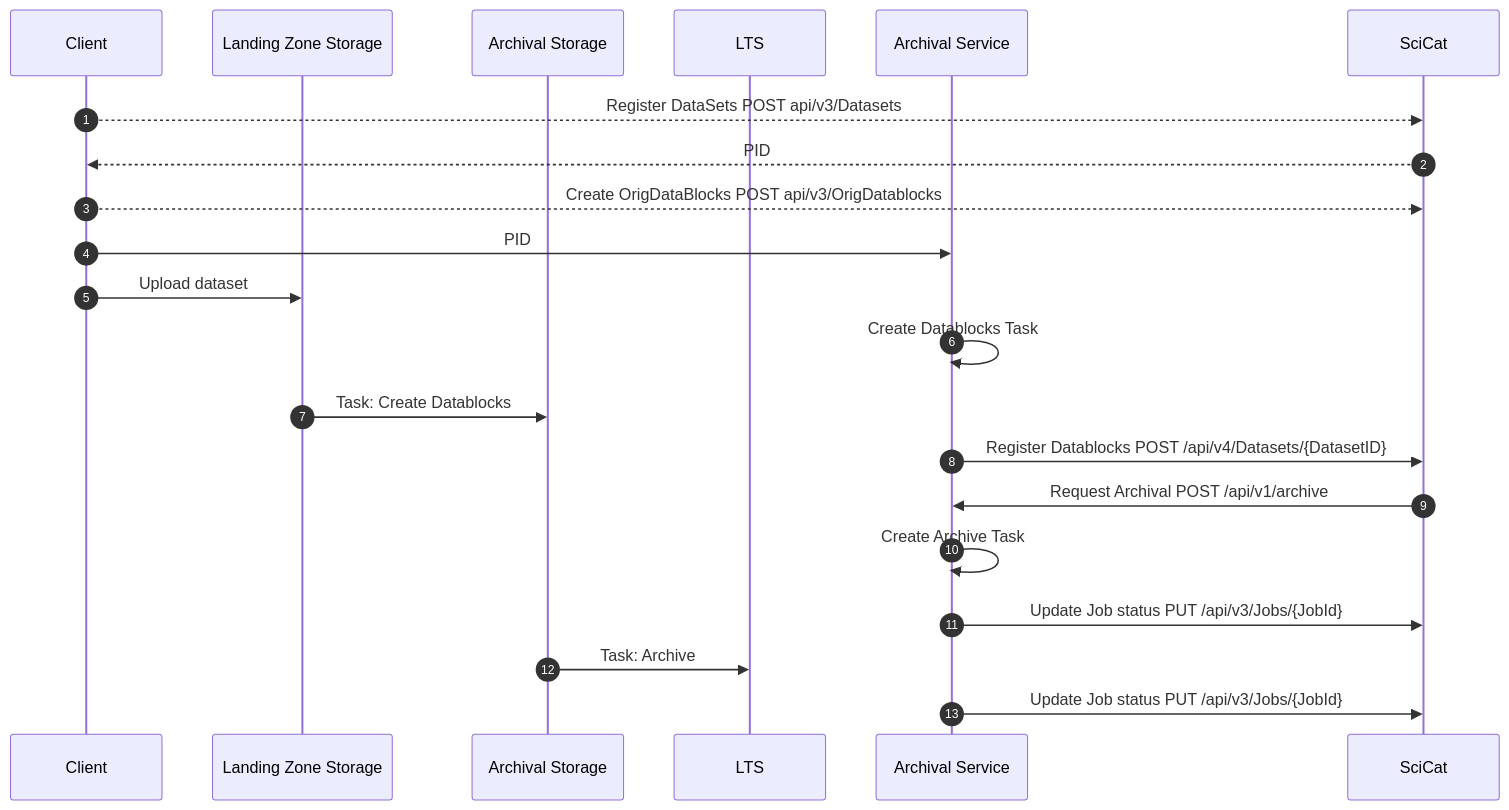
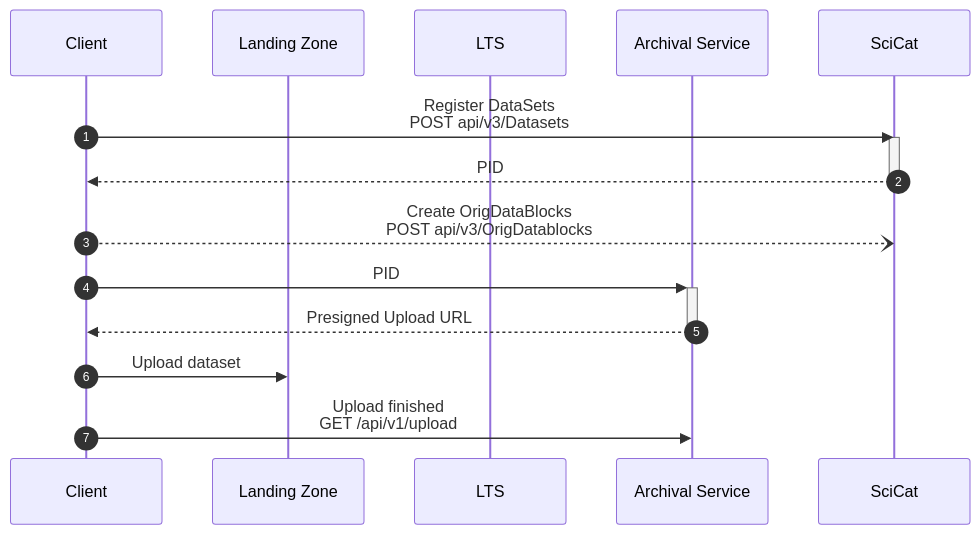
The first of 4 diagrams in backend/archiver/readMe.md (SwissOpenEM/ScopeMArchiver), drawn with Mermaid before and after one commit. The commit also changed other lines of this file, not shown here.

````diff
--- a/backend/archiver/readMe.md
+++ b/backend/archiver/readMe.md
@@ -5,25 +5,20 @@
 ```mermaid
 sequenceDiagram
   autonumber
   participant C as Client 
-  participant L as Landing Zone Storage
-  participant AS as Archival Storage
+  participant L as Landing Zone
   participant LTS
   participant A as Archival Service
   participant S as SciCat 
 
-  C-->>S: Register DataSets POST api/v3/Datasets
+  C->>S: Register DataSets <br> POST api/v3/Datasets
+  activate S
   S-->>C: PID
-  C-->>S: Create OrigDataBlocks POST api/v3/OrigDatablocks
-  C->>A: PID
+  deactivate S
+  C--)S: Create OrigDataBlocks <br> POST api/v3/OrigDatablocks
+  C->>+A: PID
+  A-->>-C: Presigned Upload URL
   C->>L: Upload dataset
-  A->>A: Create Datablocks Task
-  L->>AS: Task: Create Datablocks
-  A->>S: Register Datablocks POST /api/v4/Datasets/{DatasetID}
-  S->>A: Request Archival POST /api/v1/archive
-  A->>A: Create Archive Task
-  A ->> S: Update Job status PUT /api/v3/Jobs/{JobId} 
-  AS->>LTS: Task: Archive
-  A ->> S: Update Job status PUT /api/v3/Jobs/{JobId}
+  C->>A: Upload finished <br> GET /api/v1/upload
 
 ```
````
